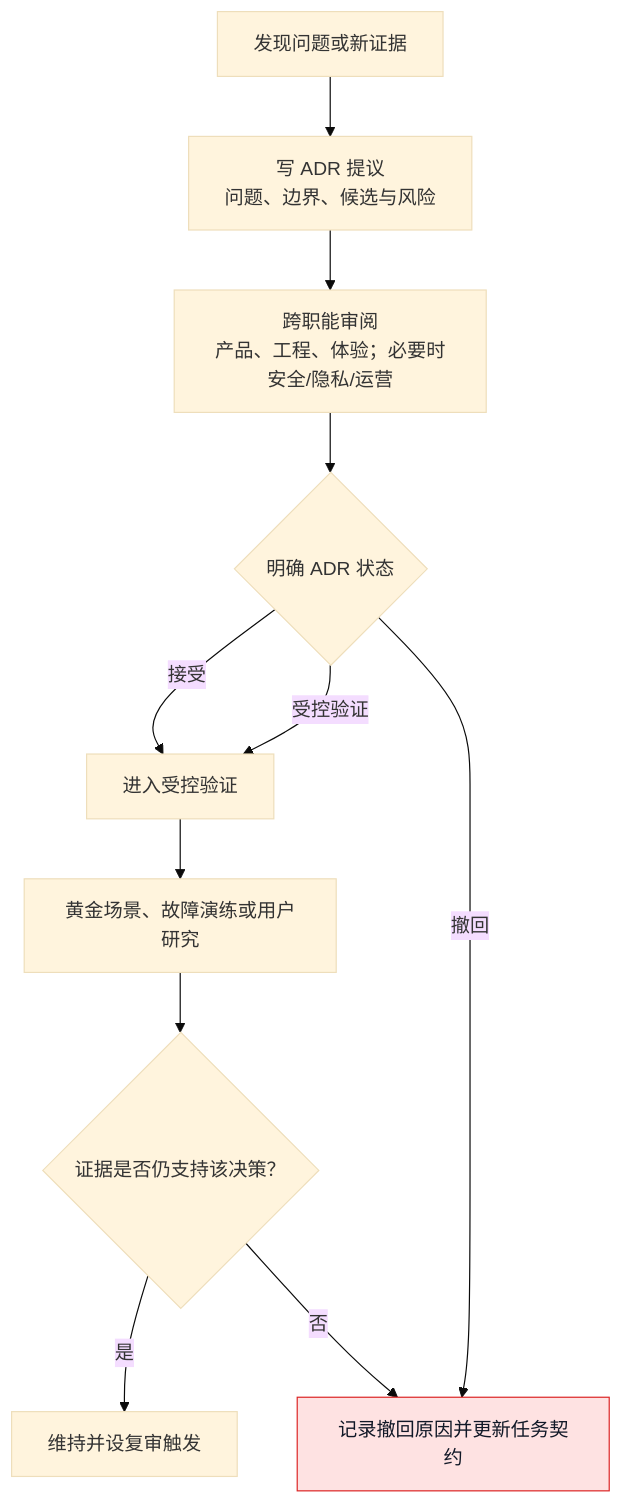
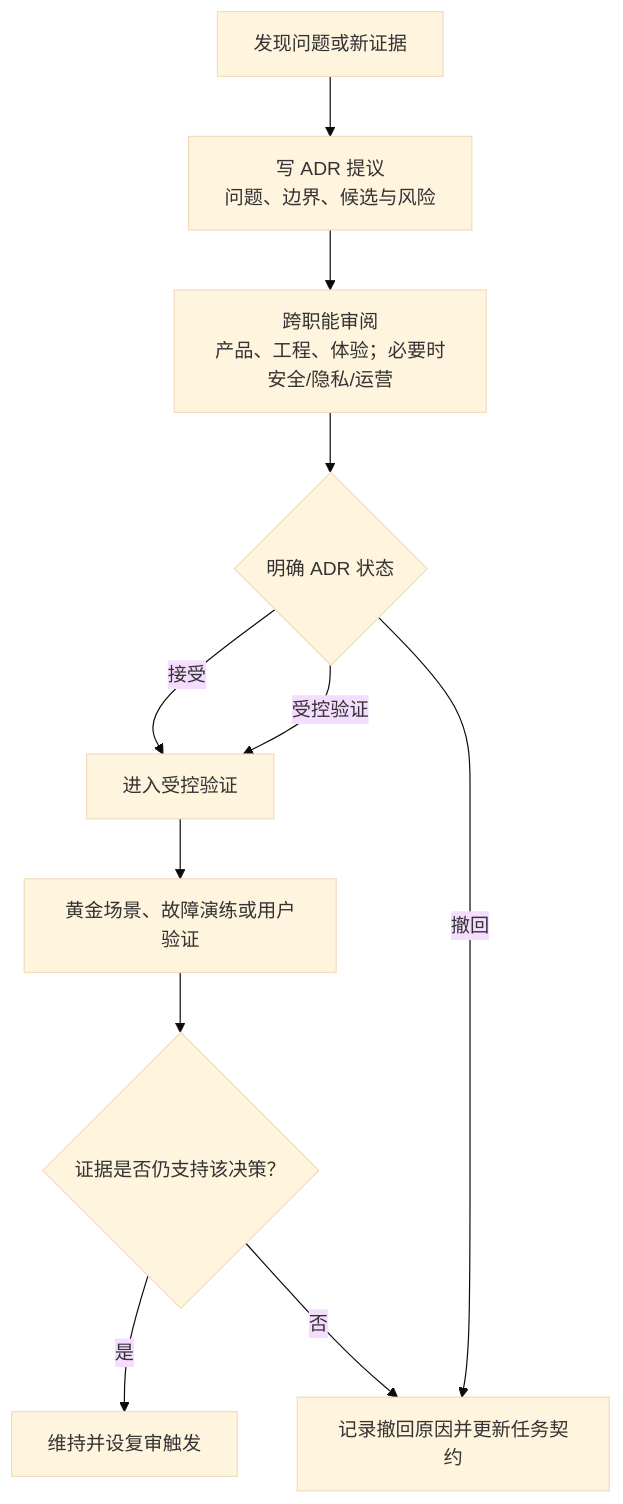
One commit to weiz98417-crypto/qiuqiu changed the third of 3 diagrams in docs/球球全套资料/8.附录/附录J-架构决策记录.md. Above: the diagram before and after it, drawn with Mermaid (base theme). The commit also changed other lines of this file and 19 other files, not shown here.

````diff
--- a/docs/球球全套资料/8.附录/附录J-架构决策记录.md
+++ b/docs/球球全套资料/8.附录/附录J-架构决策记录.md
@@ -271,16 +103,13 @@
 ```mermaid
 flowchart TD
     A[发现问题或新证据] --> B[写 ADR 提议\n问题、边界、候选与风险]
     B --> C[跨职能审阅\n产品、工程、体验；必要时安全/隐私/运营]
     C --> D{明确 ADR 状态}
     D -->|接受| E[进入受控验证]
     D -->|受控验证| E
     D -->|撤回| H[记录撤回原因并更新任务契约]
-    E --> F[黄金场景、故障演练或用户研究]
+    E --> F[黄金场景、故障演练或用户验证]
     F --> G{证据是否仍支持该决策？}
     G -->|是| I[维持并设复审触发]
     G -->|否| H
-
-    classDef withdraw fill:#fee2e2,stroke:#dc2626,color:#111827;
-    class H withdraw;
 ```
````
